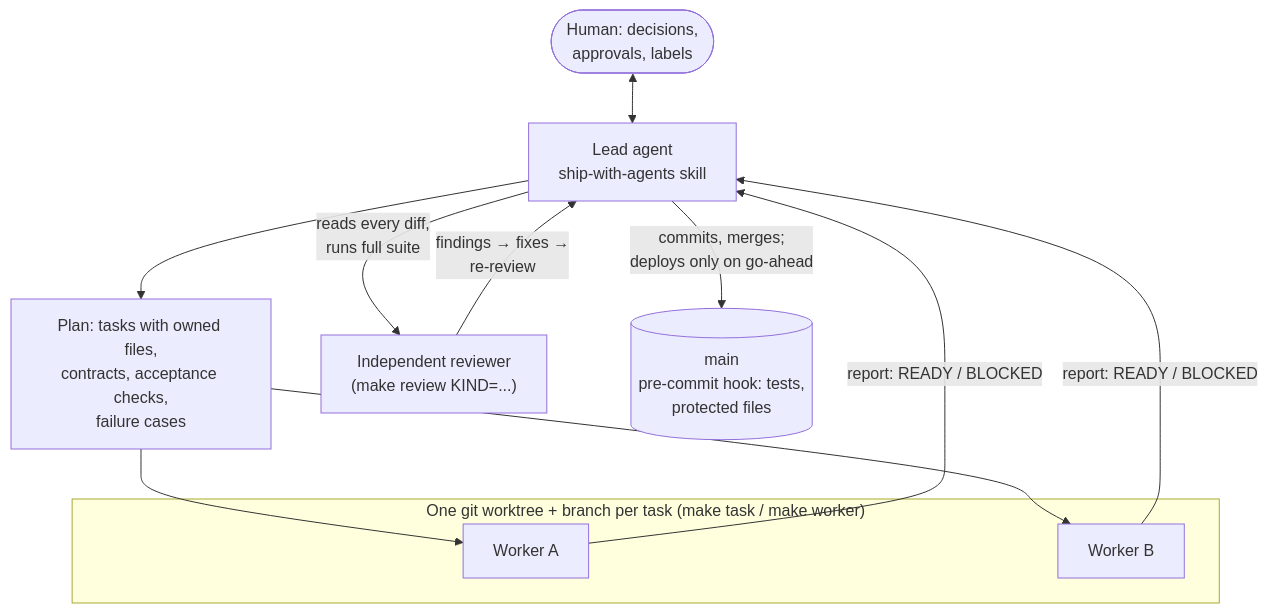
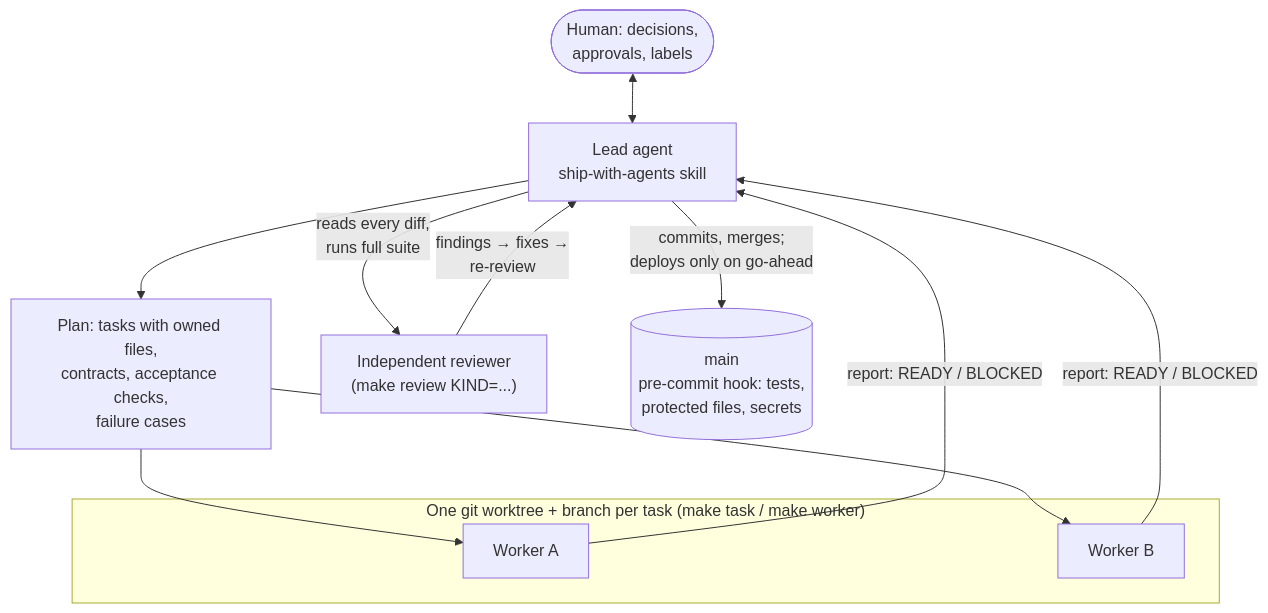
Before and after one commit to ErikaLozada/agent-kit: the diagram in README.md, drawn with Mermaid. The commit also changed other lines of this file, not shown here.

````diff
--- a/README.md
+++ b/README.md
@@ -86,19 +110,19 @@
 ```mermaid
 flowchart TB
   user(["Human: decisions,<br/>approvals, labels"])
   lead["Lead agent<br/>ship-with-agents skill"]
   plan["Plan: tasks with owned files,<br/>contracts, acceptance checks,<br/>failure cases"]
   subgraph wt["One git worktree + branch per task (make task / make worker)"]
     w1["Worker A"]
     w2["Worker B"]
   end
   review["Independent reviewer<br/>(make review KIND=...)"]
-  main[("main<br/>pre-commit hook: tests,<br/>protected files")]
+  main[("main<br/>pre-commit hook: tests,<br/>protected files, secrets")]
 
   user <--> lead
   lead --> plan --> w1 & w2
   w1 & w2 -- "report: READY / BLOCKED" --> lead
   lead -- "reads every diff,<br/>runs full suite" --> review
   review -- "findings → fixes →<br/>re-review" --> lead
   lead -- "commits, merges;<br/>deploys only on go-ahead" --> main
 ```
````
